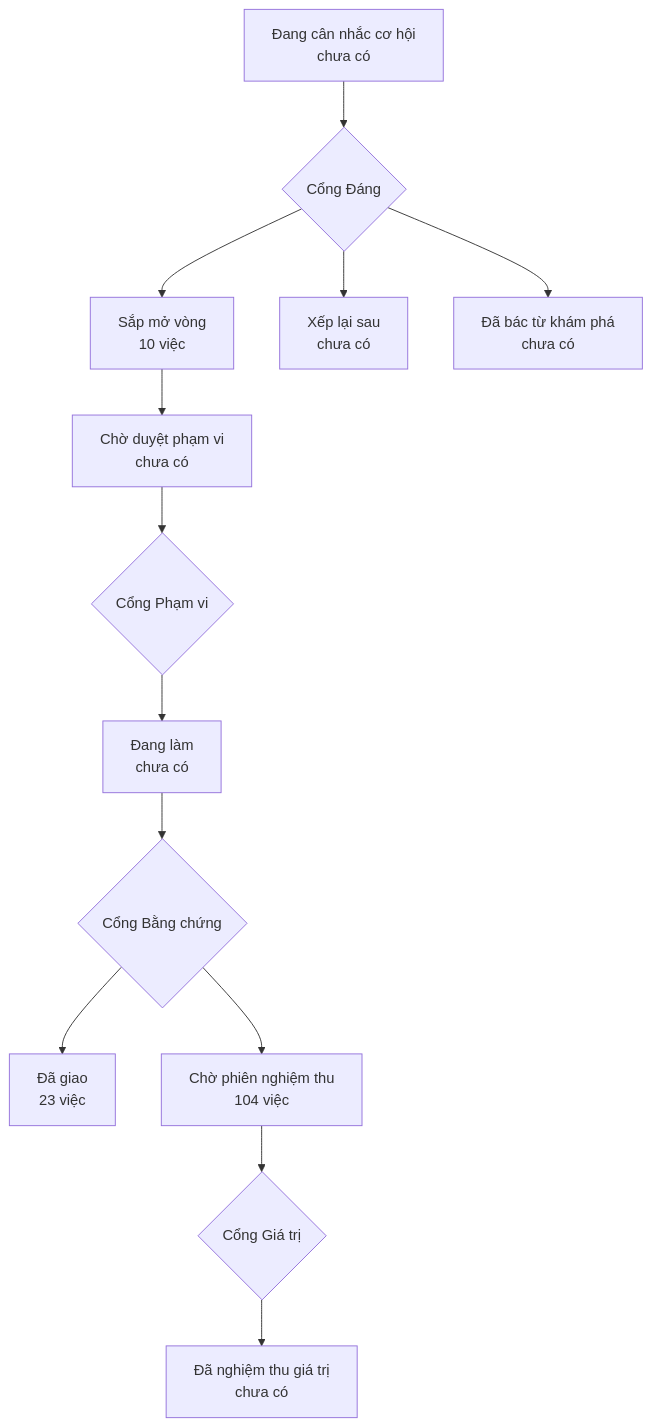
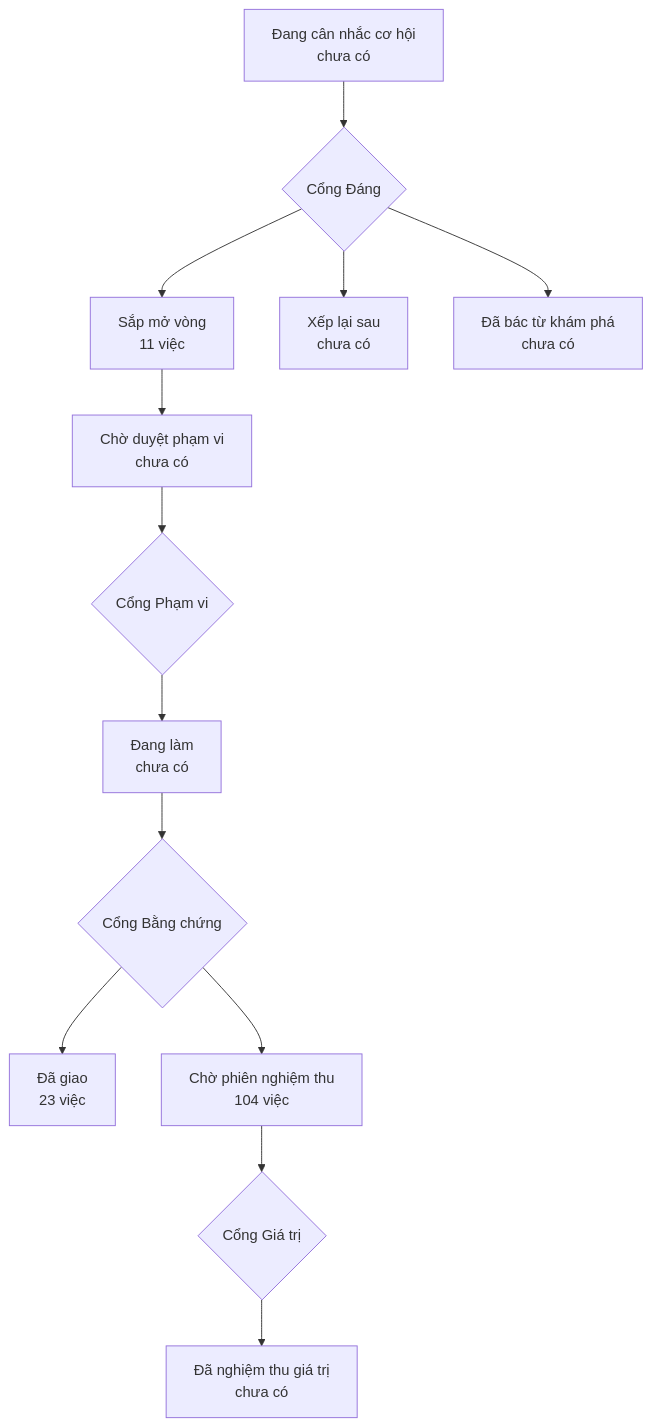
The diagram in PRODUCT-MAP.md (phanlemanh/onehub-quy-hang), drawn with Mermaid before and after one commit. The commit also changed other lines of this file and 4 other files, not shown here.

````diff
--- a/PRODUCT-MAP.md
+++ b/PRODUCT-MAP.md
@@ -7,12 +7,12 @@
 ```mermaid
 flowchart TD
   A["Đang cân nhắc cơ hội<br/>chưa có"] --> GD{"Cổng Đáng"}
-  GD --> B["Sắp mở vòng<br/>10 việc"]
+  GD --> B["Sắp mở vòng<br/>11 việc"]
   GD --> XL["Xếp lại sau<br/>chưa có"]
   GD --> DB["Đã bác từ khám phá<br/>chưa có"]
   B --> CD["Chờ duyệt phạm vi<br/>chưa có"] --> GP{"Cổng Phạm vi"}
   GP --> DL["Đang làm<br/>chưa có"] --> GB{"Cổng Bằng chứng"}
   GB --> DG["Đã giao<br/>23 việc"]
   GB --> CN["Chờ phiên nghiệm thu<br/>104 việc"] --> GG{"Cổng Giá trị"}
   GG --> NT["Đã nghiệm thu giá trị<br/>chưa có"]
 ```
````
